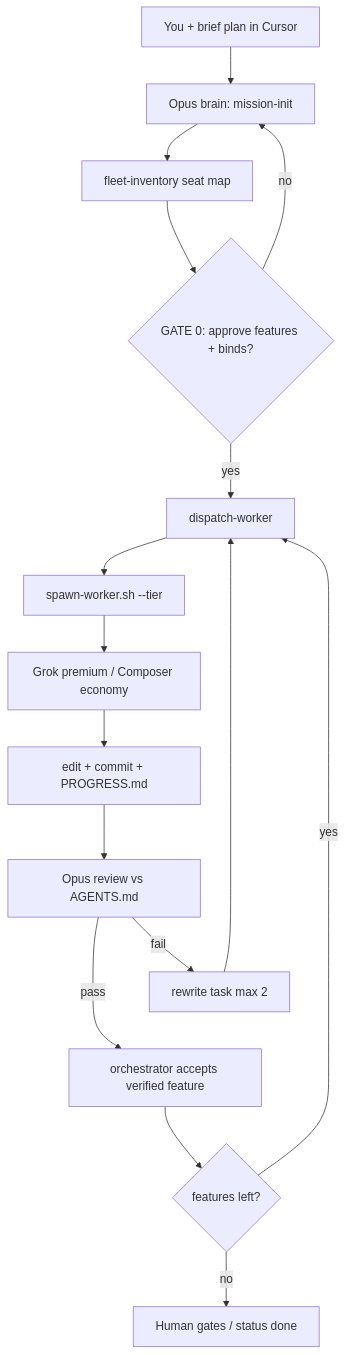
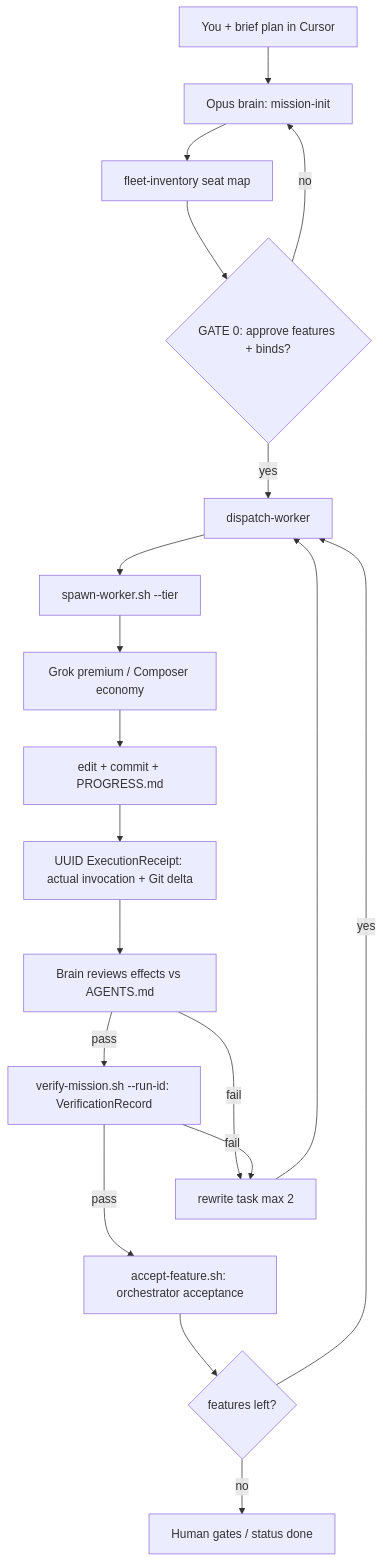
Before and after one commit to hashorva/purrfect-harness: the first of 5 diagrams in README.md, drawn with Mermaid. The commit also changed other lines of this file and 15 other files, not shown here.

````diff
--- a/README.md
+++ b/README.md
@@ -24,27 +24,30 @@
 ```mermaid
 flowchart TD
   You["You + brief plan in Cursor"] --> Opus["Opus brain: mission-init"]
   Opus --> Inv["fleet-inventory seat map"]
   Inv --> Gate0{"GATE 0: approve features + binds?"}
 
   Gate0 -->|no| Opus
   Gate0 -->|yes| Dispatch["dispatch-worker"]
 
   Dispatch --> Spawn["spawn-worker.sh --tier"]
   Spawn --> Workers["Grok premium / Composer economy"]
   Workers --> Files["edit + commit + PROGRESS.md"]
-  Files --> Review["Opus review vs AGENTS.md"]
+  Files --> Receipt["UUID ExecutionReceipt: actual invocation + Git delta"]
+  Receipt --> Review["Brain reviews effects vs AGENTS.md"]
 
   Review -->|fail| Rewrite["rewrite task max 2"]
   Rewrite --> Dispatch
 
-  Review -->|pass| Flip["orchestrator accepts verified feature"]
+  Review -->|pass| Verify["verify-mission.sh --run-id: VerificationRecord"]
+  Verify -->|pass| Flip["accept-feature.sh: orchestrator acceptance"]
+  Verify -->|fail| Rewrite
 
   %% Invisible layout constraint:
   %% keeps Flip below Rewrite without drawing a visible connection
   Rewrite ~~~ Flip
 
   Flip --> More{"features left?"}
   More -->|yes| Dispatch
   More -->|no| HumanGate["Human gates / status done"]
 ```
````
